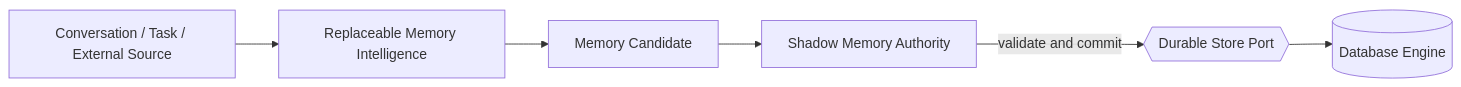
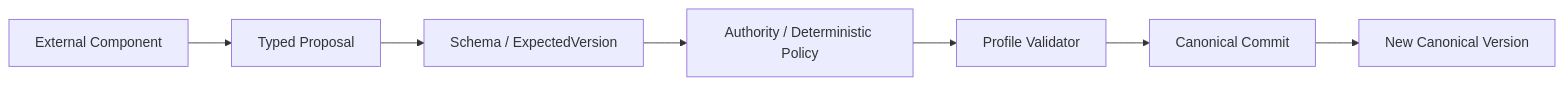
The second of 3 diagrams in docs/architecture.md (wzw57/OpenShadow), drawn with Mermaid before and after one commit. The commit also changed other lines of this file, not shown here.

Commit message:
docs: apply core diet to docs/architecture.md

```diff
--- a/docs/architecture.md
+++ b/docs/architecture.md
@@ -348,12 +164,12 @@
 ~~~mermaid
 flowchart LR
-    INPUT["Conversation / Task / External Source"]
-    ENGINE["Replaceable Memory Intelligence"]
-    CANDIDATE["Memory Candidate"]
-    CORE["Shadow Memory Authority"]
-    STORE_PORT{{"Durable Store Port"}}
-    DB[("Database Engine")]
+    EXT["External Component"]
+    PROP["Typed Proposal"]
+    SCHEMA["Schema / ExpectedVersion"]
+    POLICY["Authority / Deterministic Policy"]
+    PROFILE["Profile Validator"]
+    COMMIT["Canonical Commit"]
+    RECORD["New Canonical Version"]
 
-    INPUT --> ENGINE --> CANDIDATE --> CORE
-    CORE -->|"validate and commit"| STORE_PORT --> DB
+    EXT --> PROP --> SCHEMA --> POLICY --> PROFILE --> COMMIT --> RECORD
 ~~~
```
